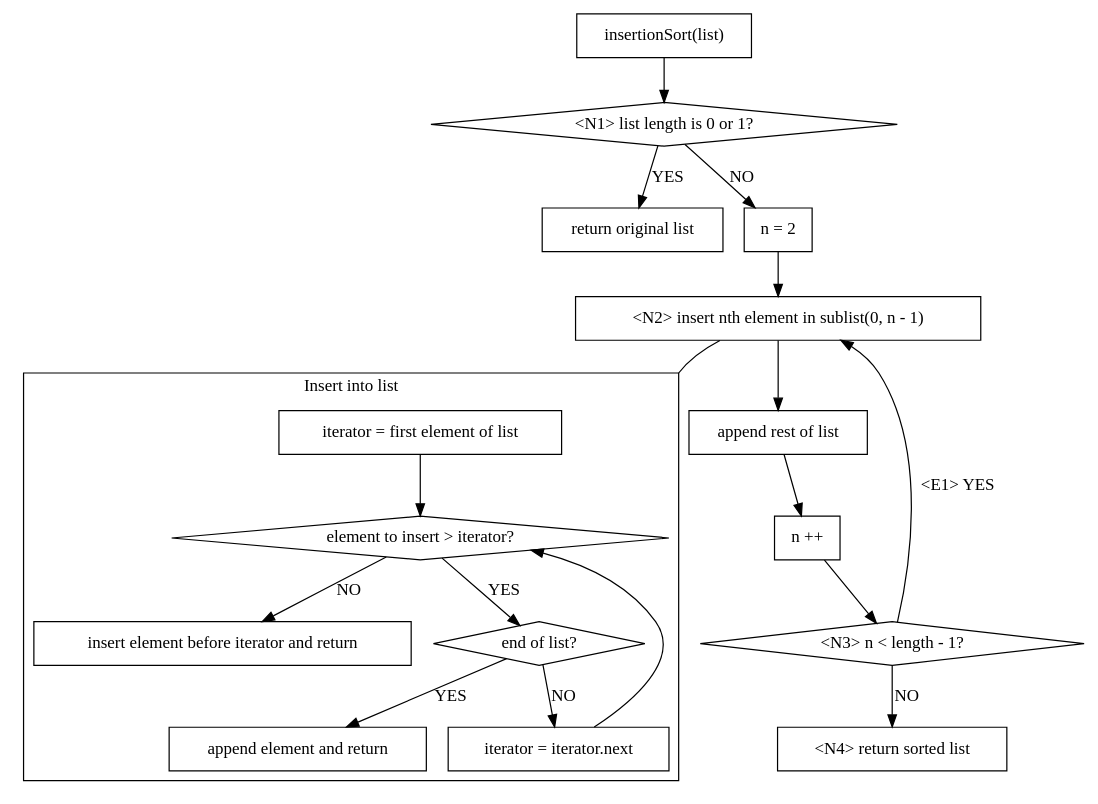
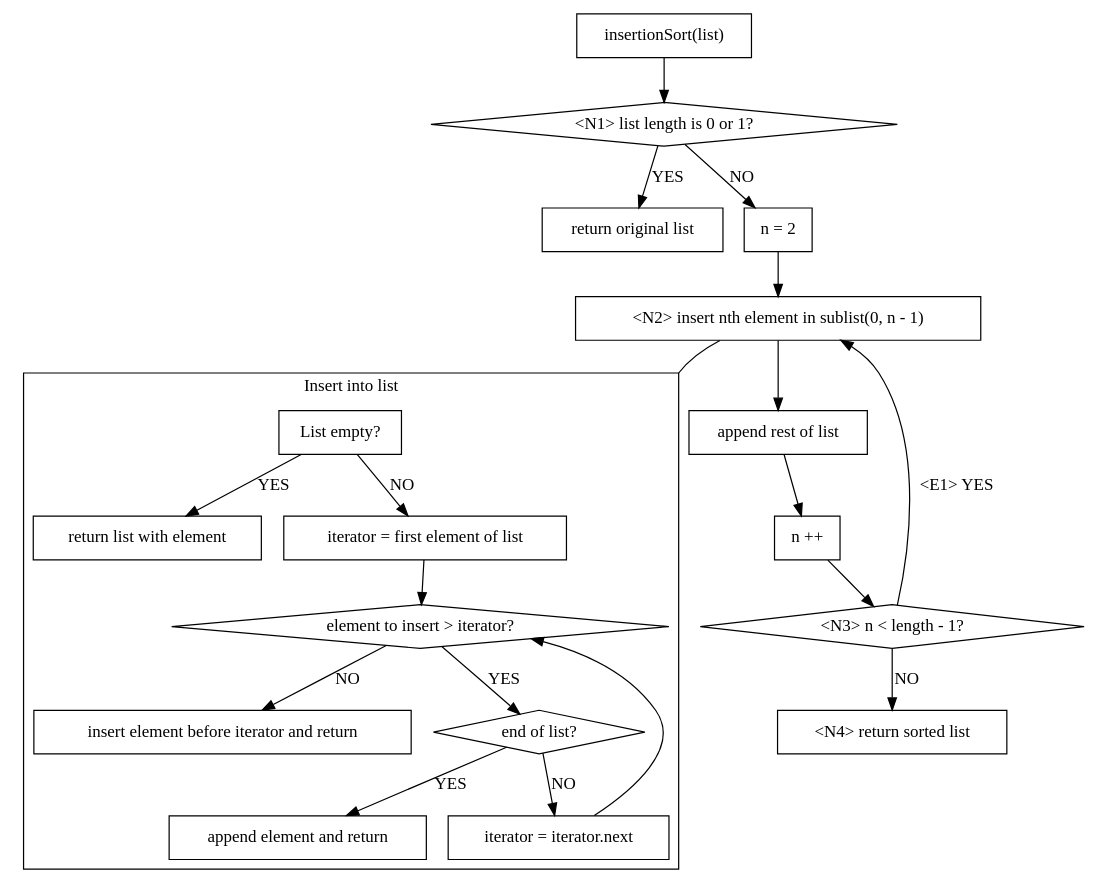
The diagram in doc/aufg2/graphViz/insertionSort.gv (hugoppp-uni/Algorithmen-und-Datenstrukturen), drawn with Graphviz before and after one commit.

Commit message:
Add "list is empty" check to graph

```diff
--- a/doc/aufg2/graphViz/insertionSort.gv
+++ b/doc/aufg2/graphViz/insertionSort.gv
@@ -1,40 +1,44 @@
 digraph Q {
     node [shape = box];
     compound = true;
 
     s1 [label = "insertionSort(list)"]
     s1 -> d1
     d1 [label = "<N1> list length is 0 or 1?" shape = diamond]
     d1 -> "return original list" [label = "YES"];
     d1 -> s2 [label = "NO"];
     s2 [label = "n = 2"];
     s2 -> s33
     s33 [label = "<N2> insert nth element in sublist(0, n - 1) "];
     s33 -> s3
     s33 -> cluster1Connector [arrowhead = none, lhead = cluster1]
     s3 [label = "append rest of list"]
     s3 -> s4
     s4 [label = "n ++"];
     s4 -> d2
     d2 [label = "<N3> n < length - 1?" shape = diamond];
     d2 -> s33 [label = "<E1> YES"];
     d2 -> "<N4> return sorted list" [label = "NO"];
 
     subgraph cluster1 {
         node [shape = box];
         label = "Insert into list"
         cluster1Connector [shape = point style = invis]
-        cBegin [label = "iterator = first element of list "];
-        cBegin -> cd1
+
+        cBegin [label = "List empty?"];
+        cBegin -> "return list with element" [label = "YES"];
+        cBegin -> c0 [label = "NO"];
+        c0 [label = "iterator = first element of list "];
+        c0 -> cd1
         cd1 [label = "element to insert > iterator?" shape = diamond];
         cd1 -> cs1 [label = "NO"];
         cd1 -> cd2 [label = "YES"];
         cs1 [label = "insert element before iterator and return"];
         cs2 [label = "iterator = iterator.next"];
         cs2 -> cd1
         cd2 [label = "end of list?" shape = diamond];
         cd2 -> appendAndReturn [label = "YES"];
         cd2 -> cs2 [label = "NO"];
         appendAndReturn [label = "append element and return"]
     }
 }
```
